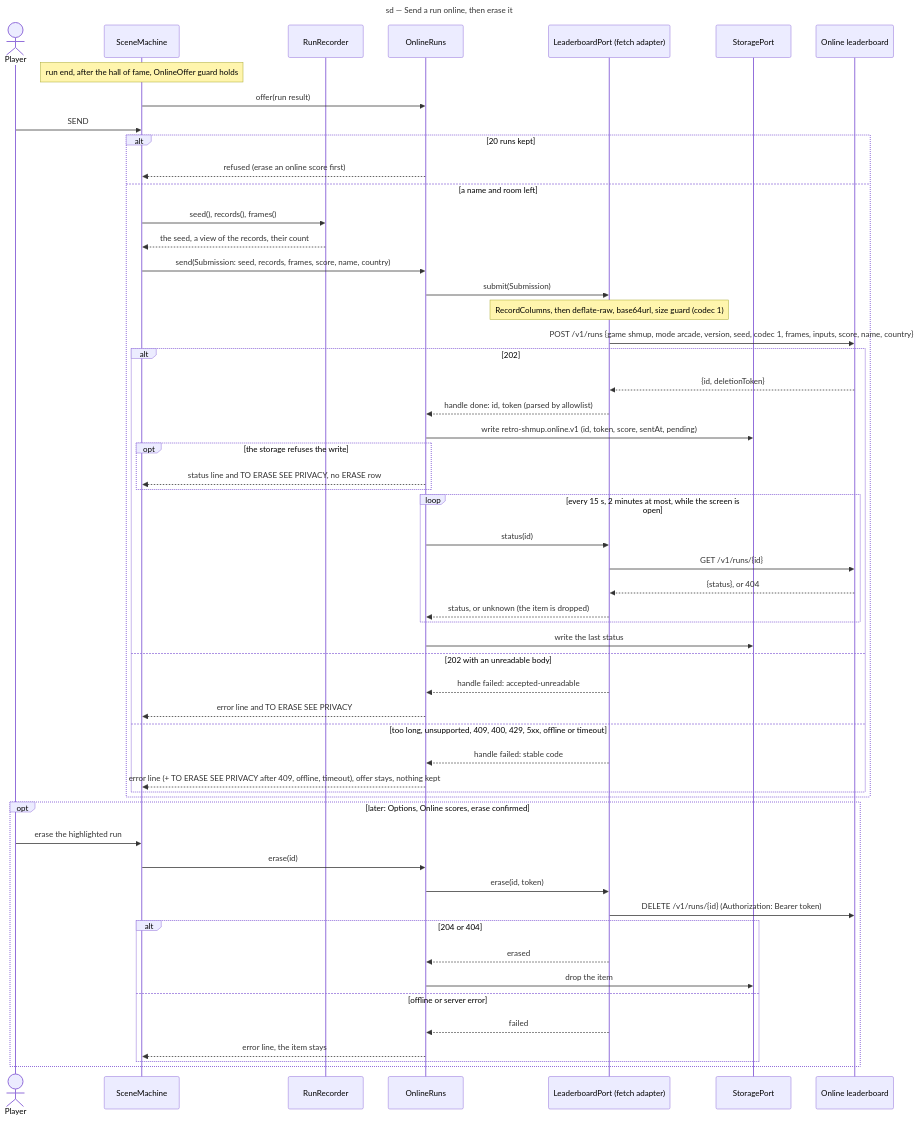
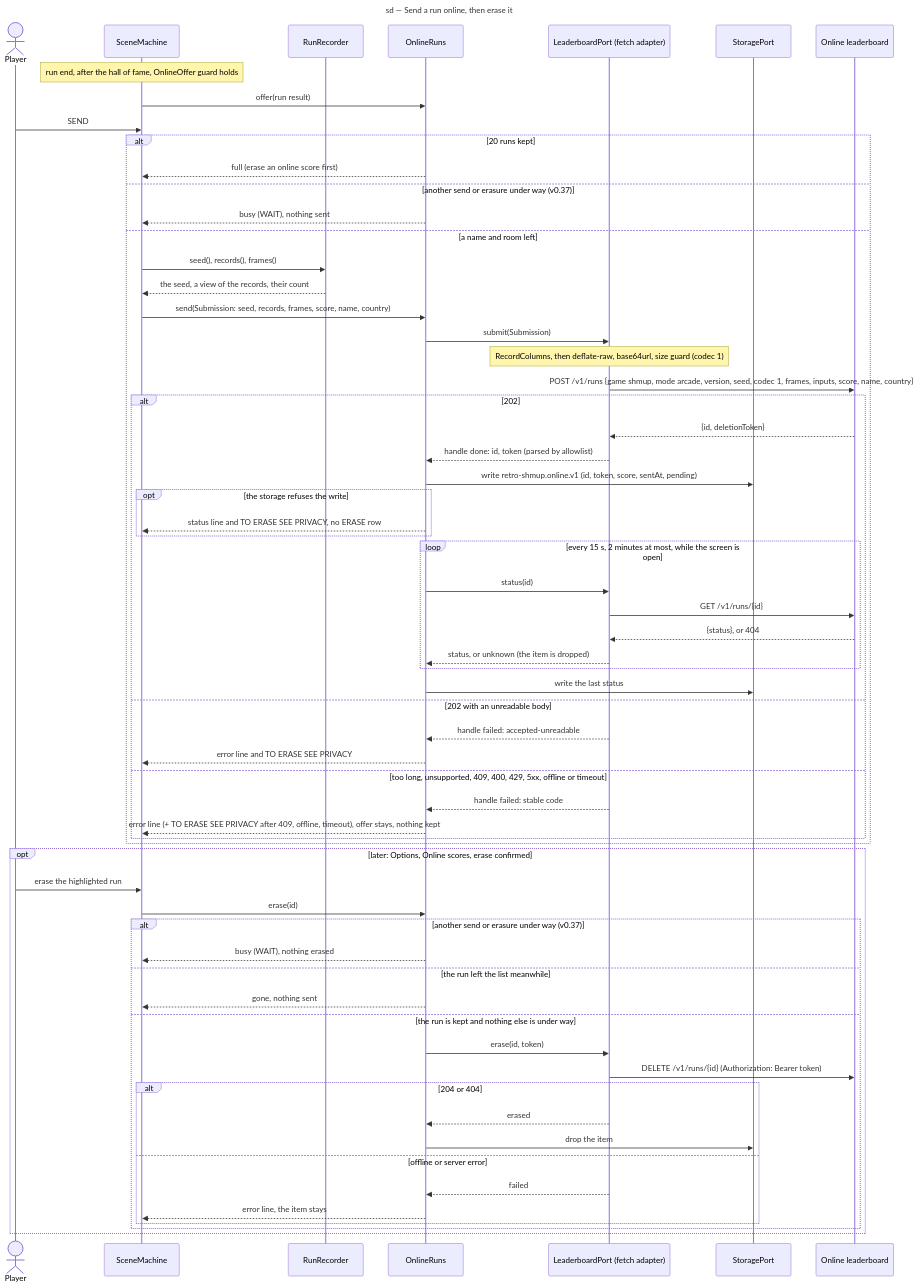
The diagram in docs/architecture/diagrams/meta/02-sequence-send-online.md (benoit-bremaud/retro-shmup), drawn with Mermaid before and after one commit. The commit also changed other lines of this file and 5 other files, not shown here.

Commit message:
docs(uml): align the send and erase diagrams with the WAIT rule (#177)

````diff
--- a/docs/architecture/diagrams/meta/02-sequence-send-online.md
+++ b/docs/architecture/diagrams/meta/02-sequence-send-online.md
@@ -19,60 +19,68 @@
 ```mermaid
 sequenceDiagram
   title sd — Send a run online, then erase it
   actor Player
   participant Scenes as SceneMachine
   participant Rec as RunRecorder
   participant Online as OnlineRuns
   participant Port as LeaderboardPort (fetch adapter)
   participant Store as StoragePort
   participant LB as Online leaderboard
 
   Note over Scenes: run end, after the hall of fame, OnlineOffer guard holds
   Scenes->>Online: offer(run result)
   Player->>Scenes: SEND
   alt 20 runs kept
-    Online-->>Scenes: refused (erase an online score first)
+    Online-->>Scenes: full (erase an online score first)
+  else another send or erasure under way (v0.37)
+    Online-->>Scenes: busy (WAIT), nothing sent
   else a name and room left
     Scenes->>Rec: seed(), records(), frames()
     Rec-->>Scenes: the seed, a view of the records, their count
     Scenes->>Online: send(Submission: seed, records, frames, score, name, country)
     Online->>Port: submit(Submission)
     Note over Port: RecordColumns, then deflate-raw, base64url, size guard (codec 1)
     Port->>LB: POST /v1/runs {game shmup, mode arcade, version, seed, codec 1, frames, inputs, score, name, country}
     alt 202
       LB-->>Port: {id, deletionToken}
       Port-->>Online: handle done: id, token (parsed by allowlist)
       Online->>Store: write retro-shmup.online.v1 (id, token, score, sentAt, pending)
       opt the storage refuses the write
         Online-->>Scenes: status line and TO ERASE SEE PRIVACY, no ERASE row
       end
       loop every 15 s, 2 minutes at most, while the screen is open
         Online->>Port: status(id)
         Port->>LB: GET /v1/runs/{id}
         LB-->>Port: {status}, or 404
         Port-->>Online: status, or unknown (the item is dropped)
       end
       Online->>Store: write the last status
     else 202 with an unreadable body
       Port-->>Online: handle failed: accepted-unreadable
       Online-->>Scenes: error line and TO ERASE SEE PRIVACY
     else too long, unsupported, 409, 400, 429, 5xx, offline or timeout
       Port-->>Online: handle failed: stable code
       Online-->>Scenes: error line (+ TO ERASE SEE PRIVACY after 409, offline, timeout), offer stays, nothing kept
     end
   end
 
   opt later: Options, Online scores, erase confirmed
     Player->>Scenes: erase the highlighted run
     Scenes->>Online: erase(id)
-    Online->>Port: erase(id, token)
-    Port->>LB: DELETE /v1/runs/{id} (Authorization: Bearer token)
-    alt 204 or 404
-      Port-->>Online: erased
-      Online->>Store: drop the item
-    else offline or server error
-      Port-->>Online: failed
-      Online-->>Scenes: error line, the item stays
+    alt another send or erasure under way (v0.37)
+      Online-->>Scenes: busy (WAIT), nothing erased
+    else the run left the list meanwhile
+      Online-->>Scenes: gone, nothing sent
+    else the run is kept and nothing else is under way
+      Online->>Port: erase(id, token)
+      Port->>LB: DELETE /v1/runs/{id} (Authorization: Bearer token)
+      alt 204 or 404
+        Port-->>Online: erased
+        Online->>Store: drop the item
+      else offline or server error
+        Port-->>Online: failed
+        Online-->>Scenes: error line, the item stays
+      end
     end
   end
 ```
````
